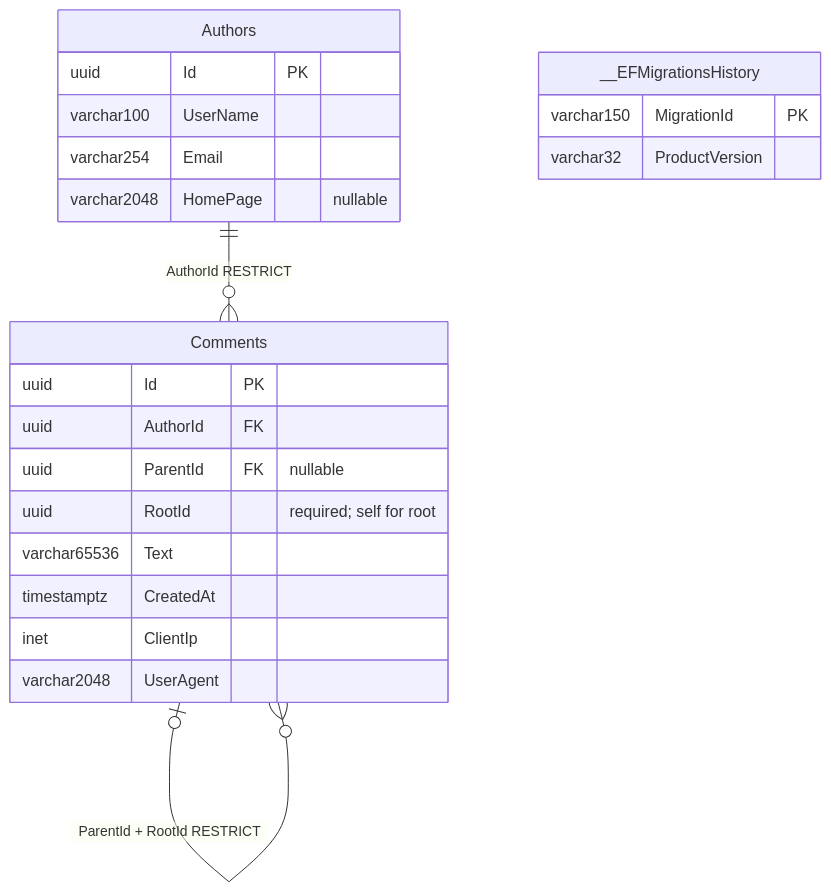
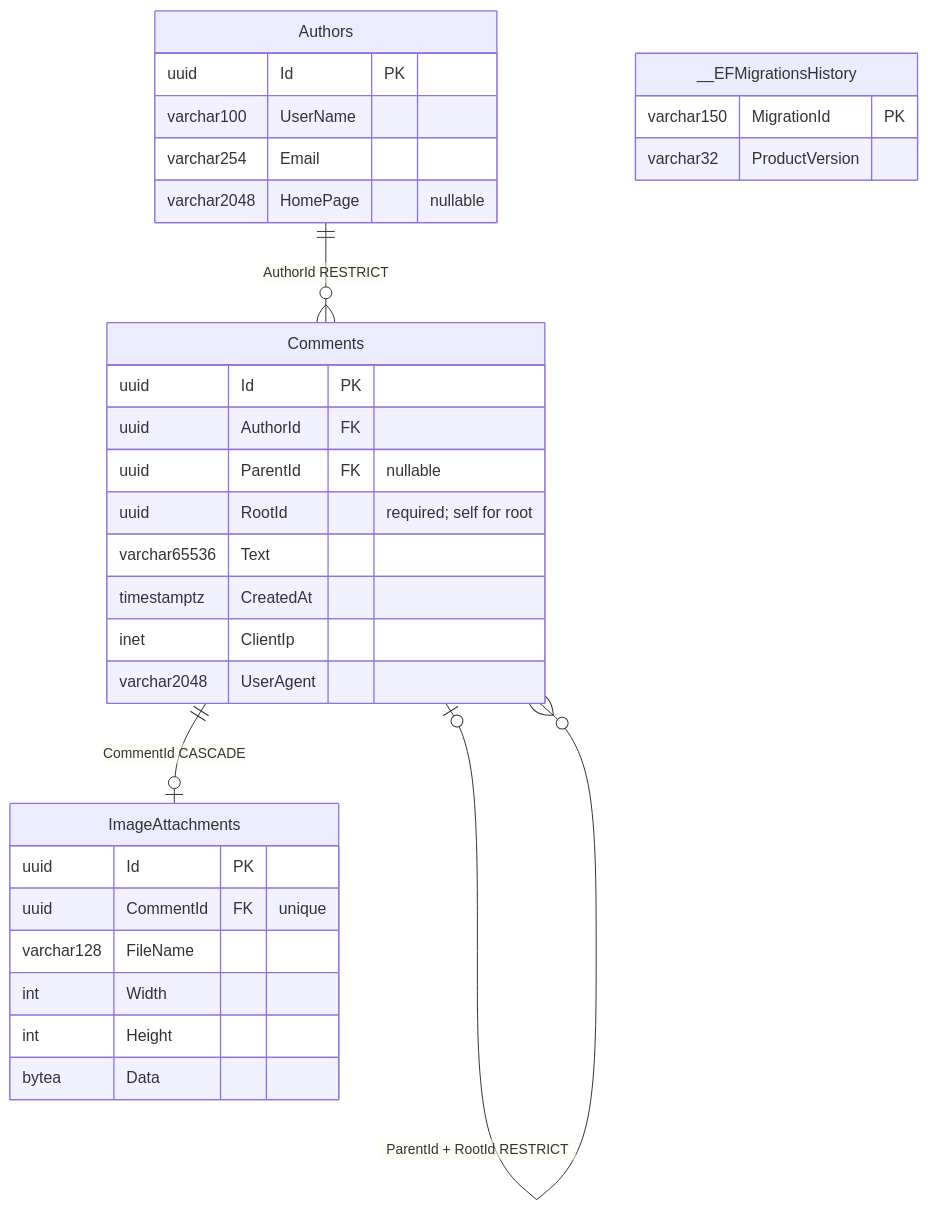
One commit to avysotsky/CommentsService changed the first of 2 diagrams in docs/database/SCHEMA.md. Above: the diagram before and after it, drawn with Mermaid. The commit also changed other lines of this file and 63 other files, not shown here.

Commit message:
feat(images): add validated resized image attachments with atomic storage

````diff
--- a/docs/database/SCHEMA.md
+++ b/docs/database/SCHEMA.md
@@ -107,25 +113,34 @@
 ```mermaid
 erDiagram
     Authors ||--o{ Comments : "AuthorId RESTRICT"
+    Comments ||--o| ImageAttachments : "CommentId CASCADE"
     Comments o|--o{ Comments : "ParentId + RootId RESTRICT"
     Authors {
         uuid Id PK
         varchar100 UserName
         varchar254 Email
         varchar2048 HomePage "nullable"
     }
     Comments {
         uuid Id PK
         uuid AuthorId FK
         uuid ParentId FK "nullable"
         uuid RootId "required; self for root"
         varchar65536 Text
         timestamptz CreatedAt
         inet ClientIp
         varchar2048 UserAgent
     }
+    ImageAttachments {
+        uuid Id PK
+        uuid CommentId FK "unique"
+        varchar128 FileName
+        int Width
+        int Height
+        bytea Data
+    }
     __EFMigrationsHistory {
         varchar150 MigrationId PK
         varchar32 ProductVersion
     }
 ```
````
